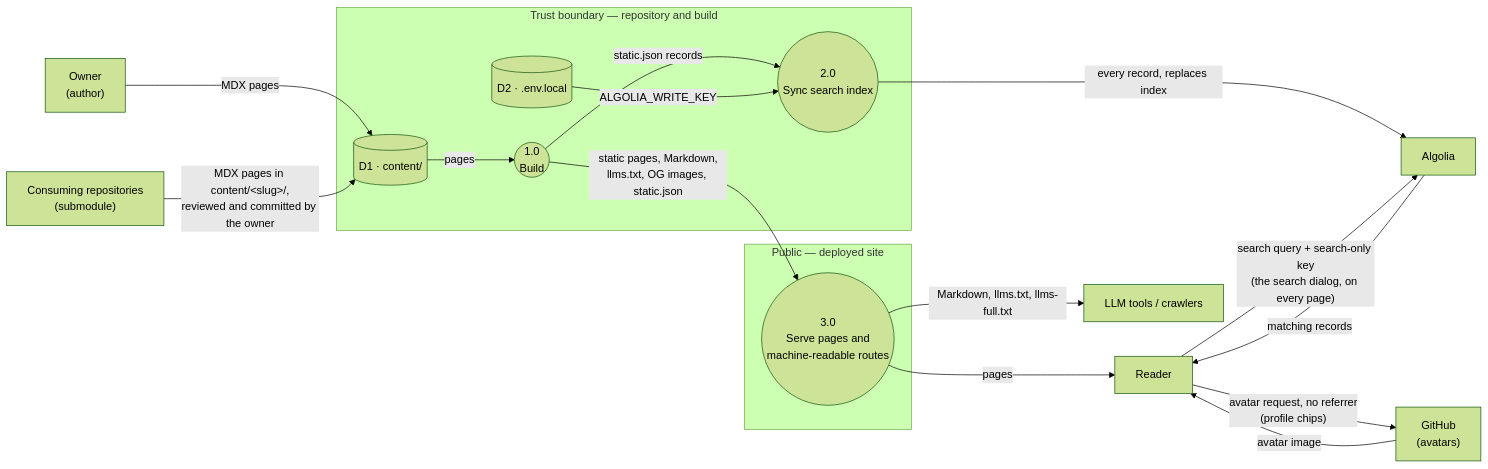
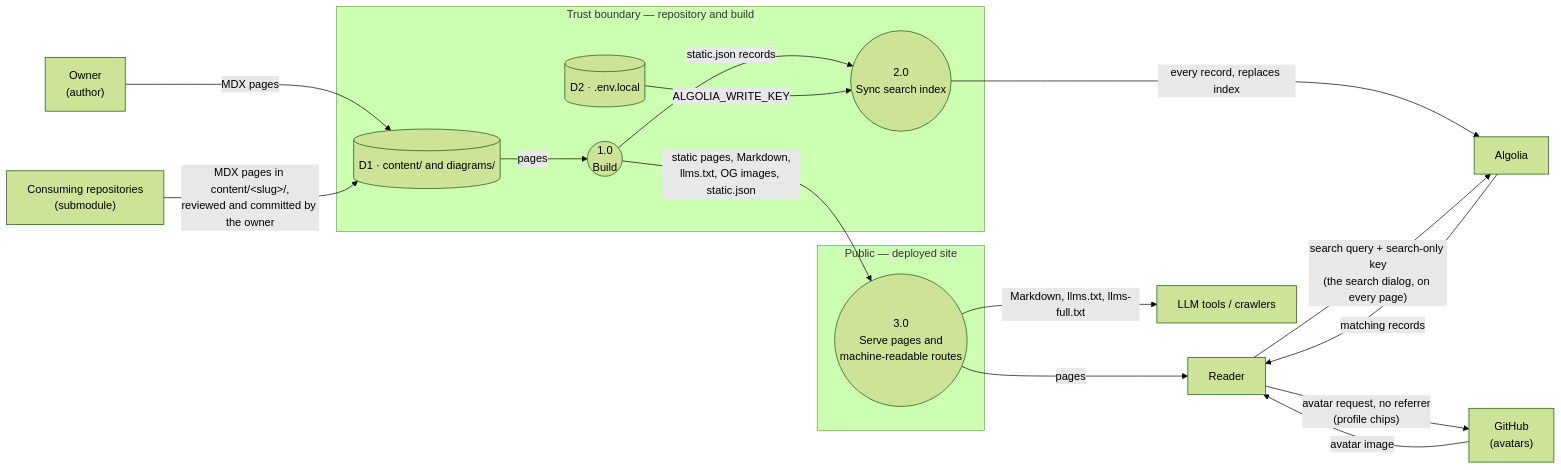
One commit to nepal-dev-com/docs.nepal-dev.com changed the diagram in content/docs/maintain/dfd/system.mdx. Above: the diagram before and after it, drawn with Mermaid (forest theme). The commit also changed other lines of this file and 159 other files, not shown here.

Commit message:
archify diagram everywhere

````diff
--- a/content/docs/maintain/dfd/system.mdx
+++ b/content/docs/maintain/dfd/system.mdx
@@ -18,34 +20,34 @@
 ```mermaid
 flowchart LR
   Owner["Owner<br/>(author)"]
   Consumer["Consuming repositories<br/>(submodule)"]
   Reader["Reader"]
   Bot["LLM tools / crawlers"]
   ALG["Algolia"]
   GH["GitHub<br/>(avatars)"]
 
   subgraph Trust["Trust boundary — repository and build"]
-    D1[("D1 · content/")]
+    D1[("D1 · content/ and diagrams/")]
     D2[("D2 · .env.local")]
     P1(("1.0<br/>Build"))
     P2(("2.0<br/>Sync search index"))
   end
 
   subgraph Public["Public — deployed site"]
     P3(("3.0<br/>Serve pages and<br/>machine-readable routes"))
   end
 
   Owner -->|"MDX pages"| D1
   Consumer -->|"MDX pages in content/&lt;slug&gt;/,<br/>reviewed and committed by the owner"| D1
   D1 -->|"pages"| P1
   P1 -->|"static pages, Markdown,<br/>llms.txt, OG images, static.json"| P3
   P1 -->|"static.json records"| P2
   D2 -->|"ALGOLIA_WRITE_KEY"| P2
   P2 -->|"every record, replaces index"| ALG
   P3 -->|"pages"| Reader
   P3 -->|"Markdown, llms.txt, llms-full.txt"| Bot
   Reader -->|"search query + search-only key<br/>(the search dialog, on every page)"| ALG
   ALG -->|"matching records"| Reader
   Reader -->|"avatar request, no referrer<br/>(profile chips)"| GH
   GH -->|"avatar image"| Reader
 ```
````
